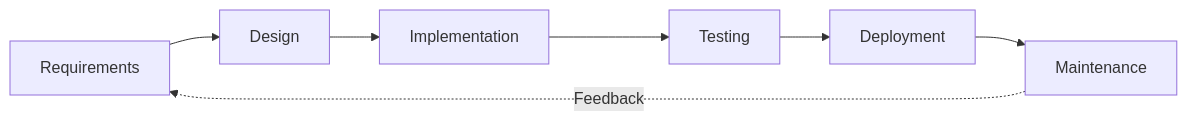
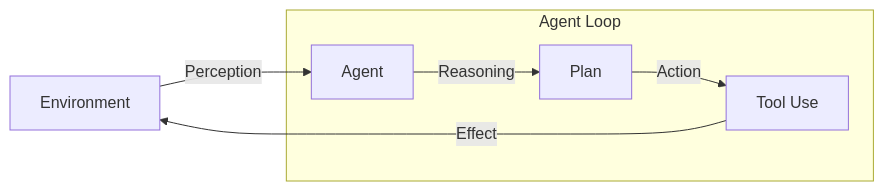
One commit to ykro/ai-native-dev changed the diagram in week2/slides/slides.md. Above: the diagram before and after it, drawn with Mermaid. The commit also changed other lines of this file and 1 other file, not shown here.

````diff
--- a/week2/slides/slides.md
+++ b/week2/slides/slides.md
@@ -63,9 +98,9 @@
 ```mermaid
 graph LR
-    Req[Requirements] --> Des[Design]
-    Des --> Imp[Implementation]
-    Imp --> Test[Testing]
-    Test --> Dep[Deployment]
-    Dep --> Maint[Maintenance]
-    Maint -.->|Feedback| Req
+    Env[Environment] --Perception--> Agent
+    subgraph Agent Loop
+    Agent --Reasoning--> Plan[Plan]
+    Plan --Action--> Tool[Tool Use]
+    end
+    Tool --Effect--> Env
 ```
````
